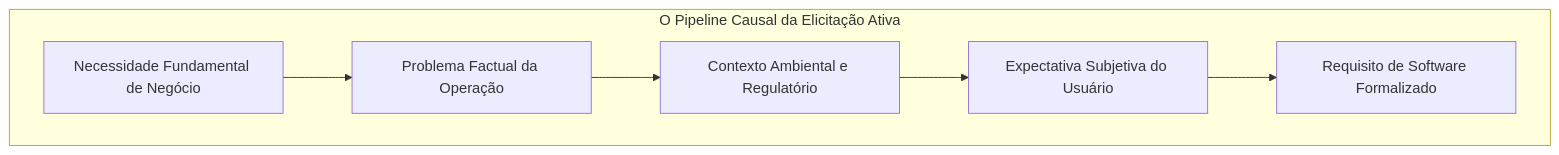
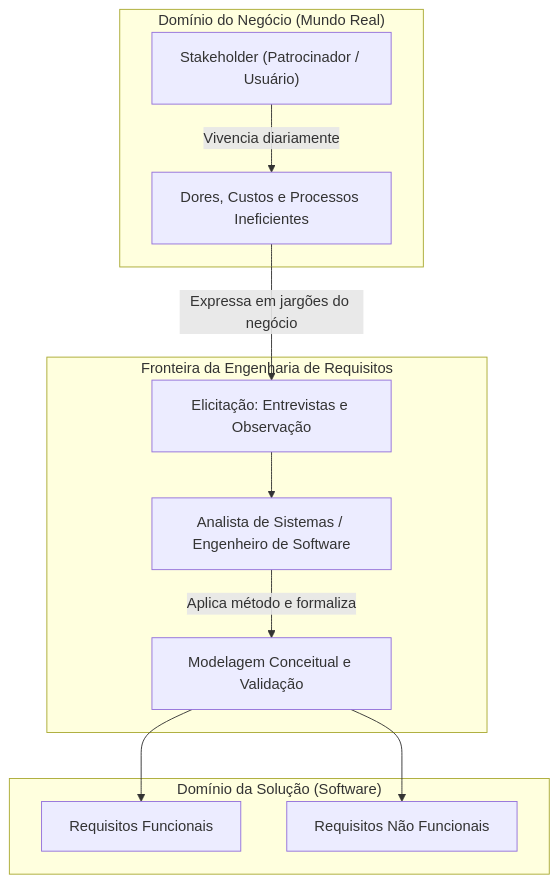
Before and after one commit to murilolol/unifef: the eighth of 24 diagrams in 4º Semestre/[Prof. Wesley Soares] Engenharia de Software II/Resumos-IA/Simulados-Comentados.md, drawn with Mermaid. The commit also changed other lines of this file and 10 other files, not shown here.

````diff
--- a/4º Semestre/[Prof. Wesley Soares] Engenharia de Software II/Resumos-IA/Simulados-Comentados.md
+++ b/4º Semestre/[Prof. Wesley Soares] Engenharia de Software II/Resumos-IA/Simulados-Comentados.md
@@ -208,9 +516,24 @@
 ```mermaid
 flowchart TD
- subgraph ElicitacaoAtiva["O Pipeline Causal da Elicitação Ativa"]
- N["Necessidade Fundamental de Negócio"] --> P["Problema Factual da Operação"]
- P --> C["Contexto Ambiental e Regulatório"]
- C --> E["Expectativa Subjetiva do Usuário"]
- E --> R["Requisito de Software Formalizado"]
- end
+    subgraph DominioNegocio["Domínio do Negócio (Mundo Real)"]
+        SH["Stakeholder (Patrocinador / Usuário)"]
+        Dor["Dores, Custos e Processos Ineficientes"]
+        SH -->|"Vivencia diariamente"| Dor
+    end
+
+    subgraph FronteiraAnalise["Fronteira da Engenharia de Requisitos"]
+        Elic["Elicitação: Entrevistas e Observação"]
+        Analista["Analista de Sistemas / Engenheiro de Software"]
+        Modelagem["Modelagem Conceitual e Validação"]
+        Dor -->|"Expressa em jargões do negócio"| Elic
+        Elic --> Analista
+        Analista -->|"Aplica método e formaliza"| Modelagem
+    end
+
+    subgraph DominioSolucao["Domínio da Solução (Software)"]
+        RF["Requisitos Funcionais"]
+        RNF["Requisitos Não Funcionais"]
+        Modelagem --> RF
+        Modelagem --> RNF
+    end
 ```
````
